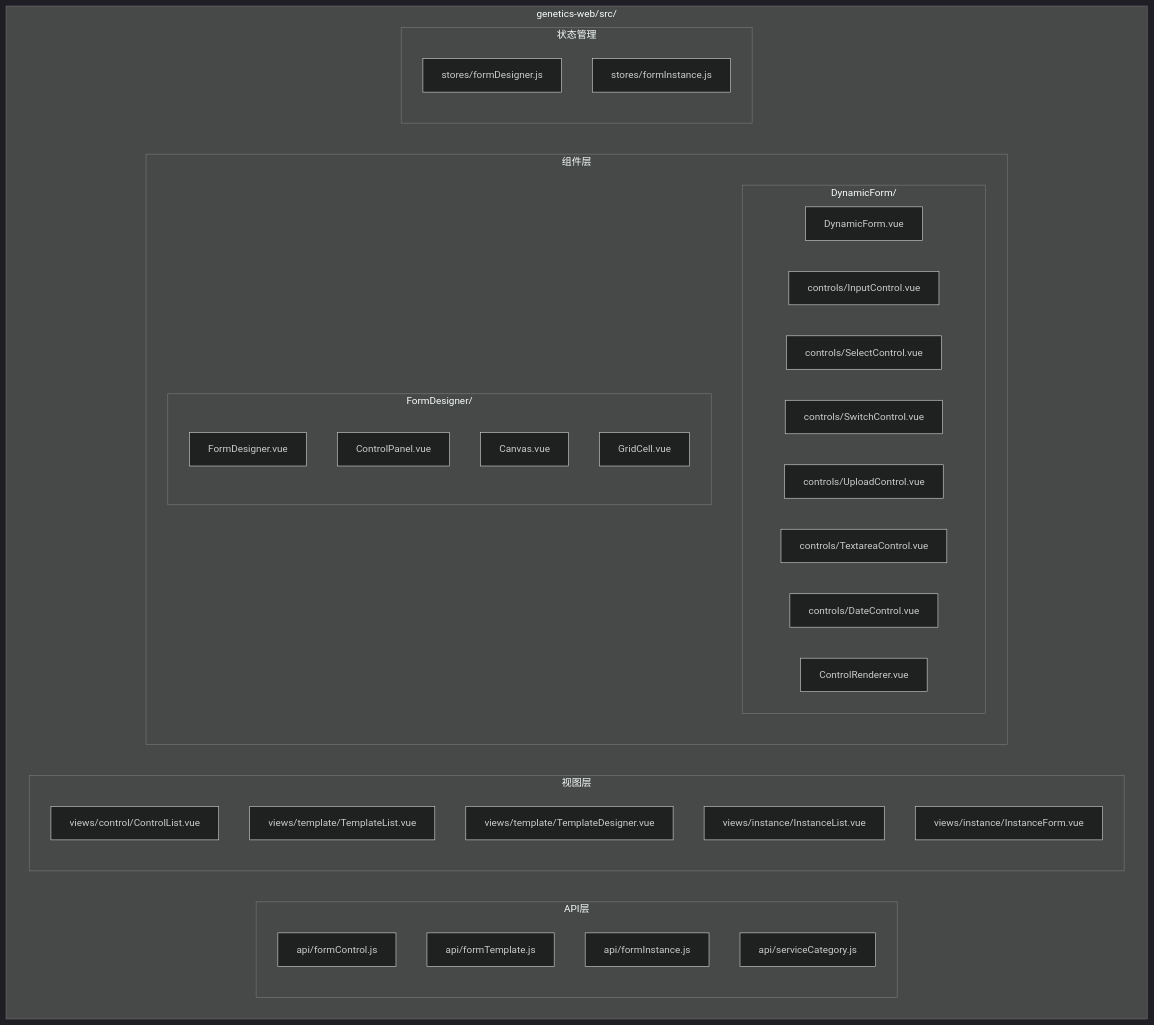
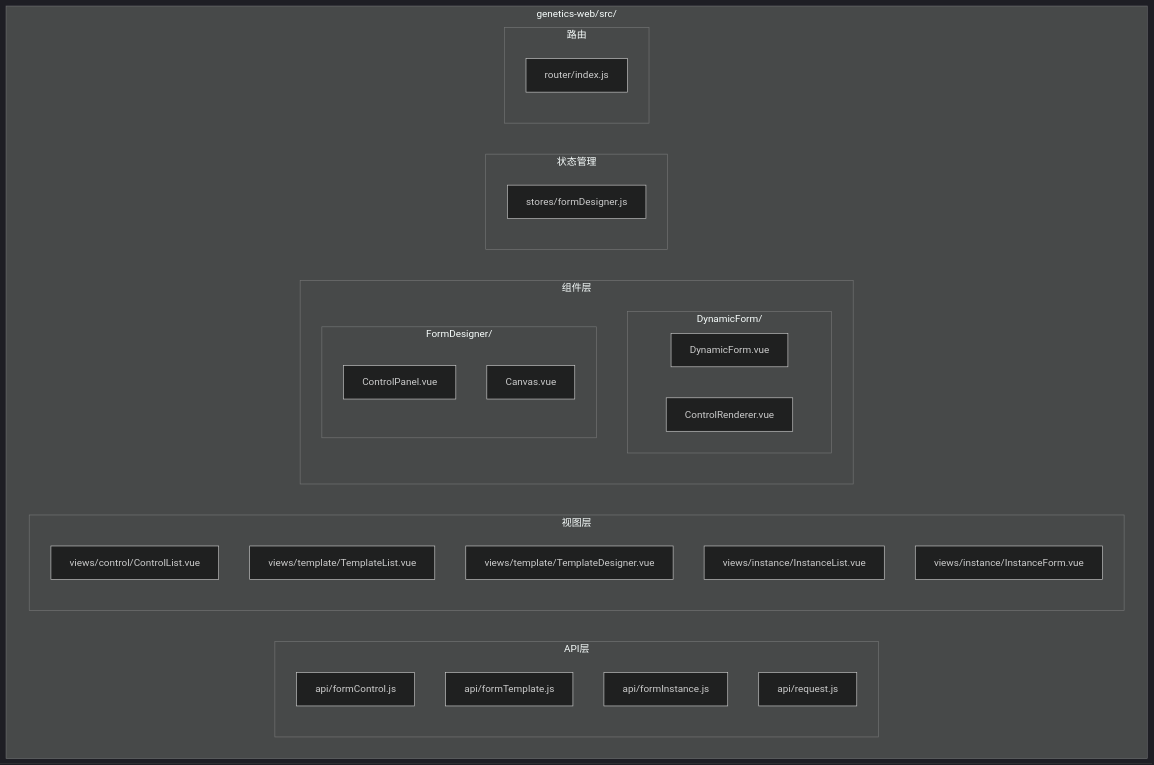
Before and after one commit to NJMrLi/genetics: the first of 14 diagrams in .qoder/repowiki/zh/content/前端架构设计/Vue应用结构设计.md, drawn with Mermaid (dark theme). The commit also changed other lines of this file and 152 other files, not shown here.

````diff
--- a/.qoder/repowiki/zh/content/前端架构设计/Vue应用结构设计.md
+++ b/.qoder/repowiki/zh/content/前端架构设计/Vue应用结构设计.md
@@ -39,40 +57,34 @@
 ```mermaid
 graph TB
 subgraph "genetics-web/src/"
 subgraph "API层"
 API1[api/formControl.js]
 API2[api/formTemplate.js]
 API3[api/formInstance.js]
-API4[api/serviceCategory.js]
+API4[api/request.js]
 end
 subgraph "视图层"
 V1[views/control/ControlList.vue]
 V2[views/template/TemplateList.vue]
 V3[views/template/TemplateDesigner.vue]
 V4[views/instance/InstanceList.vue]
 V5[views/instance/InstanceForm.vue]
 end
 subgraph "组件层"
 subgraph "DynamicForm/"
 DF1[DynamicForm.vue]
-DF2[controls/InputControl.vue]
-DF3[controls/SelectControl.vue]
-DF4[controls/SwitchControl.vue]
-DF5[controls/UploadControl.vue]
-DF6[controls/TextareaControl.vue]
-DF7[controls/DateControl.vue]
-DF8[ControlRenderer.vue]
+DF2[ControlRenderer.vue]
 end
 subgraph "FormDesigner/"
-FD1[FormDesigner.vue]
-FD2[ControlPanel.vue]
-FD3[Canvas.vue]
-FD4[GridCell.vue]
+FD1[ControlPanel.vue]
+FD2[Canvas.vue]
 end
 end
 subgraph "状态管理"
 S1[stores/formDesigner.js]
-S2[stores/formInstance.js]
+end
+subgraph "路由"
+R1[router/index.js]
 end
 end
 ```
````
